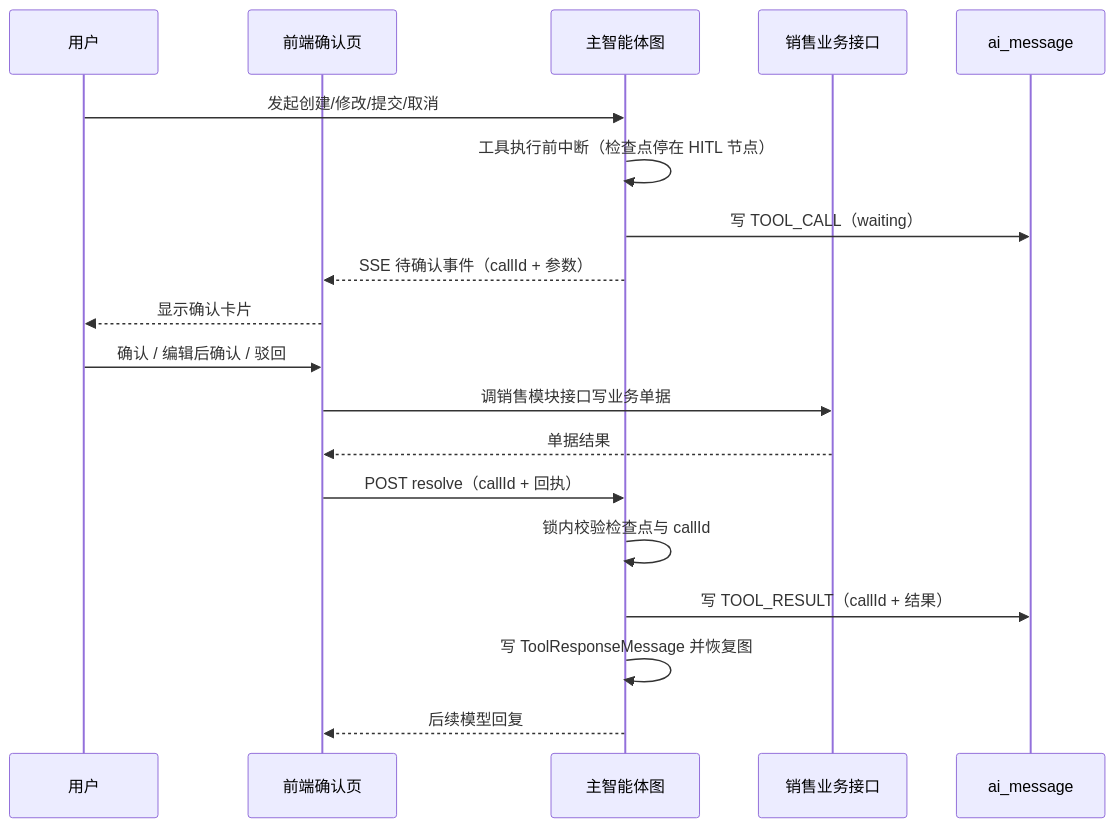
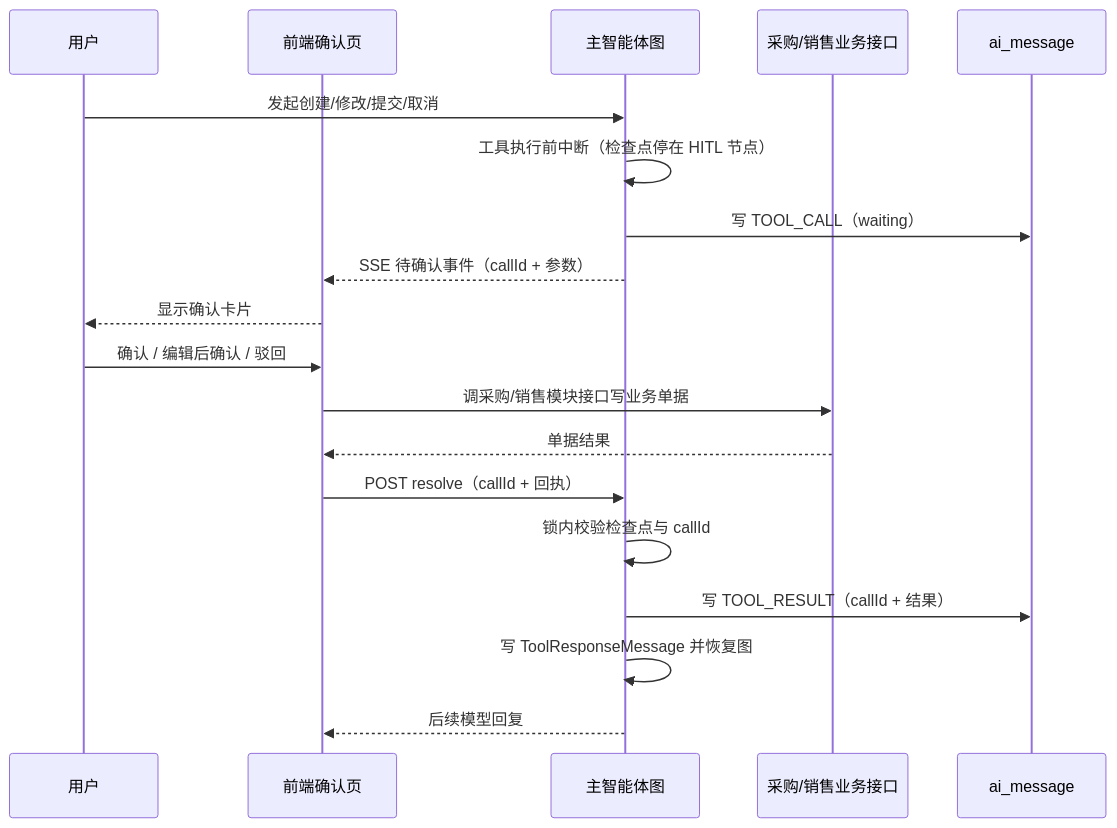
One commit to LI-S-H/qiheng-erp changed the third of 3 diagrams in docs/architecture/ai.md. Above: the diagram before and after it, drawn with Mermaid. The commit also changed other lines of this file and 41 other files, not shown here.

First line of the commit message:
refactor: 采购单迁移到图级人工确认并统一采购销售确认服务

````diff
--- a/docs/architecture/ai.md
+++ b/docs/architecture/ai.md
@@ -188,21 +188,21 @@
 ```mermaid
 sequenceDiagram
     participant U as 用户
     participant F as 前端确认页
     participant G as 主智能体图
-    participant B as 销售业务接口
+    participant B as 采购/销售业务接口
     participant M as ai_message
     U->>G: 发起创建/修改/提交/取消
     G->>G: 工具执行前中断（检查点停在 HITL 节点）
     G->>M: 写 TOOL_CALL（waiting）
     G-->>F: SSE 待确认事件（callId + 参数）
     F-->>U: 显示确认卡片
     U->>F: 确认 / 编辑后确认 / 驳回
-    F->>B: 调销售模块接口写业务单据
+    F->>B: 调采购/销售模块接口写业务单据
     B-->>F: 单据结果
     F->>G: POST resolve（callId + 回执）
     G->>G: 锁内校验检查点与 callId
     G->>M: 写 TOOL_RESULT（callId + 结果）
     G->>G: 写 ToolResponseMessage 并恢复图
     G-->>F: 后续模型回复
 ```
````
